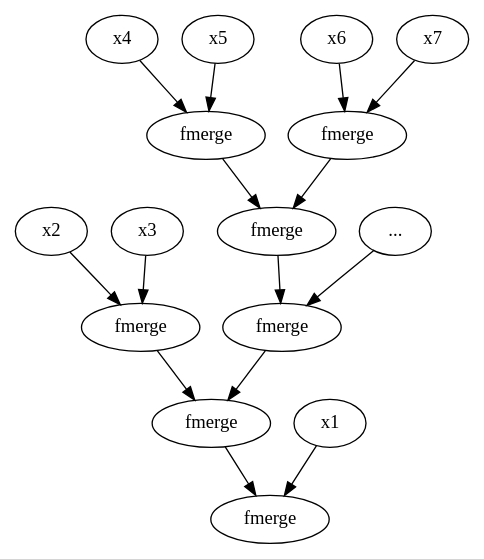
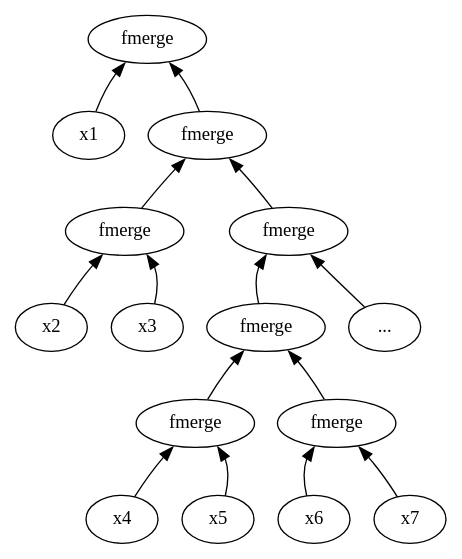
The diagram in images/fig2.dot (davidspies/primes), drawn with Graphviz before and after one commit. The commit also changed 8 other files, not shown here.

```diff
--- a/images/fig2.dot
+++ b/images/fig2.dot
@@ -1,23 +1,23 @@
 digraph directions {
-  r1 [label = "fmerge"];
-  r2 [label = "fmerge"];
-  r3 [label = "fmerge"];
-  r4 [label = "fmerge"];
-  r5 [label = "fmerge"];
-  r6 [label = "fmerge"];
-  r7 [label = "fmerge"];
-  x2 -> r3;
-  x3 -> r3;
-  r3 -> r2;
-  r2 -> r1;
-  r4 -> r2;
-  r5 -> r4;
-  "..." -> r4;
-  r6 -> r5;
-  r7 -> r5;
-  x4 -> r6;
-  x5 -> r6;
-  x6 -> r7;
-  x7 -> r7;
-  x1 -> r1;
+  r1 [label=fmerge];
+  r2 [label=fmerge];
+  r3 [label=fmerge];
+  r4 [label=fmerge];
+  r5 [label=fmerge];
+  r6 [label=fmerge];
+  r7 [label=fmerge];
+  r1 : sw -> x1 [dir=back];
+  r1 : se -> r2 [dir=back];
+  r2 : sw -> r3 [dir=back];
+  r2 : se -> r4 [dir=back];
+  r3 : sw -> x2 [dir=back];
+  r3 : se -> x3 [dir=back];
+  r4 : sw -> r5 [dir=back];
+  r4 : se -> "..." [dir=back];
+  r5 : sw -> r6 [dir=back];
+  r5 : se -> r7 [dir=back];
+  r6 : sw -> x4 [dir=back];
+  r6 : se -> x5 [dir=back];
+  r7 : sw -> x6 [dir=back];
+  r7 : se -> x7 [dir=back];
 }
```
